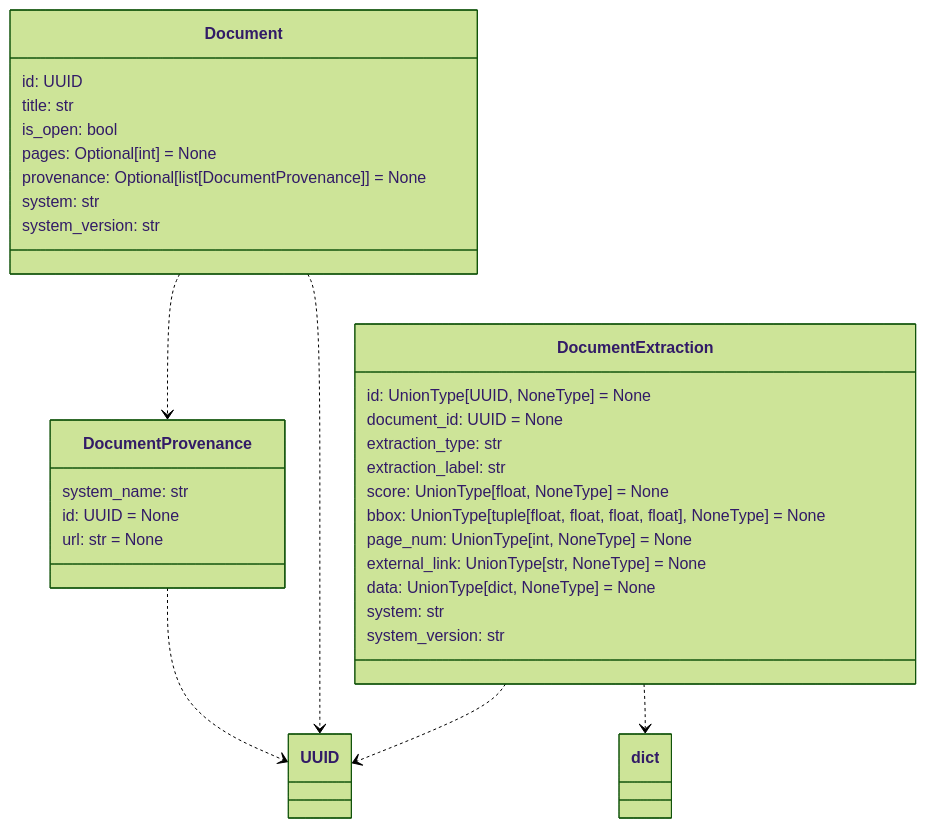
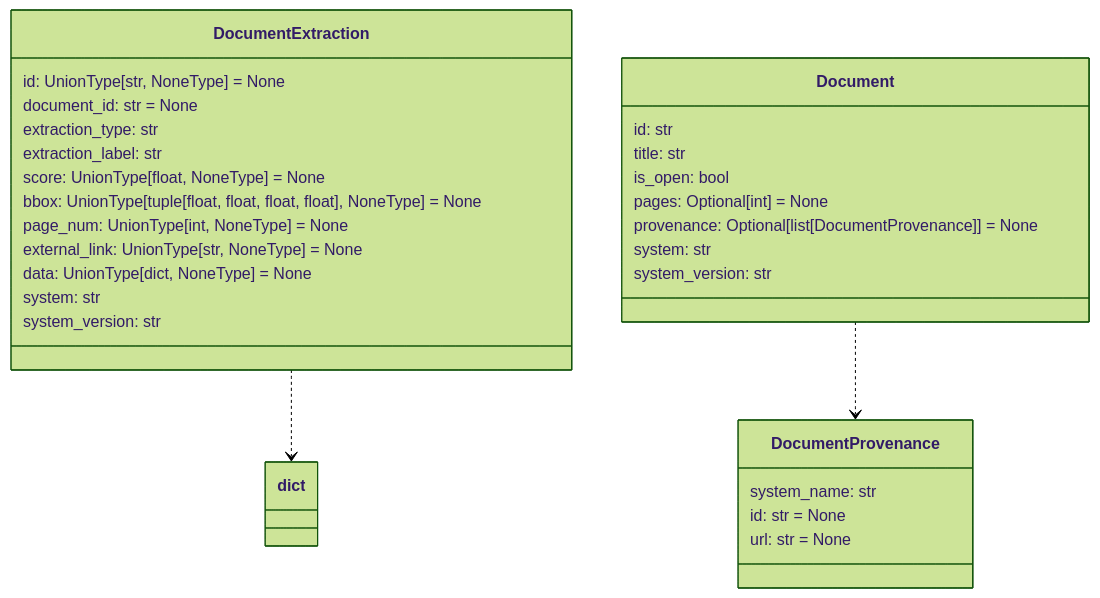
The eighth of 11 diagrams in README.md (DARPA-CRITICALMAAS/cdr_schemas), drawn with Mermaid (forest theme) before and after one commit. The commit also changed other lines of this file and 3 other files, not shown here.

````diff
--- a/README.md
+++ b/README.md
@@ -562,41 +562,38 @@
 ```mermaid
 classDiagram
 
+    class DocumentProvenance {
+        system_name: str
+        id: str = None
+        url: str = None
+    }
+
     class DocumentExtraction {
-        id: UnionType[UUID, NoneType] = None
-        document_id: UUID = None
+        id: UnionType[str, NoneType] = None
+        document_id: str = None
         extraction_type: str
         extraction_label: str
         score: UnionType[float, NoneType] = None
         bbox: UnionType[tuple[float, float, float, float], NoneType] = None
         page_num: UnionType[int, NoneType] = None
         external_link: UnionType[str, NoneType] = None
         data: UnionType[dict, NoneType] = None
         system: str
         system_version: str
     }
 
     class Document {
-        id: UUID
+        id: str
         title: str
         is_open: bool
         pages: Optional[int] = None
         provenance: Optional[list[DocumentProvenance]] = None
         system: str
         system_version: str
     }
 
-    class DocumentProvenance {
-        system_name: str
-        id: UUID = None
-        url: str = None
-    }
-
-    DocumentProvenance ..> UUID
-    Document ..> UUID
     Document ..> DocumentProvenance
     DocumentExtraction ..> dict
-    DocumentExtraction ..> UUID
 
 
 ```
````
